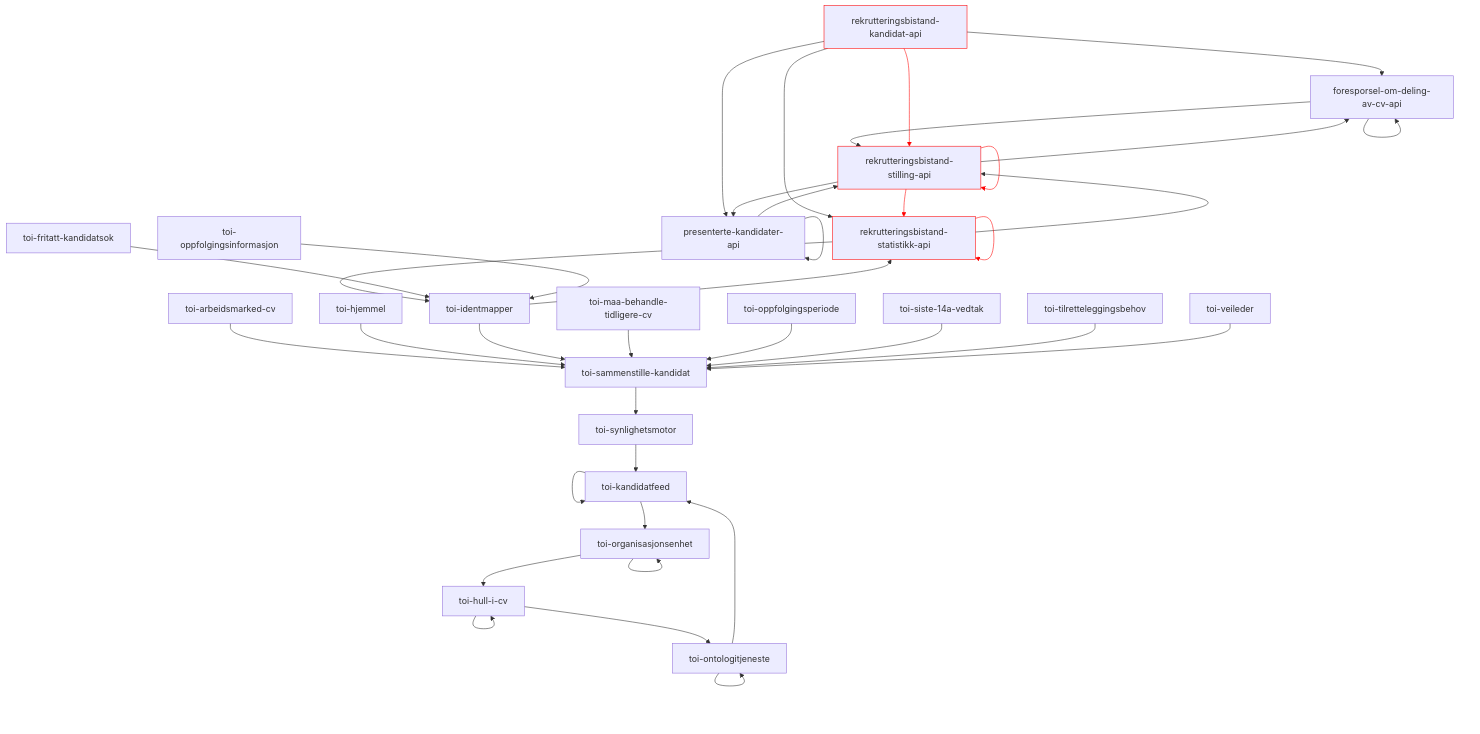
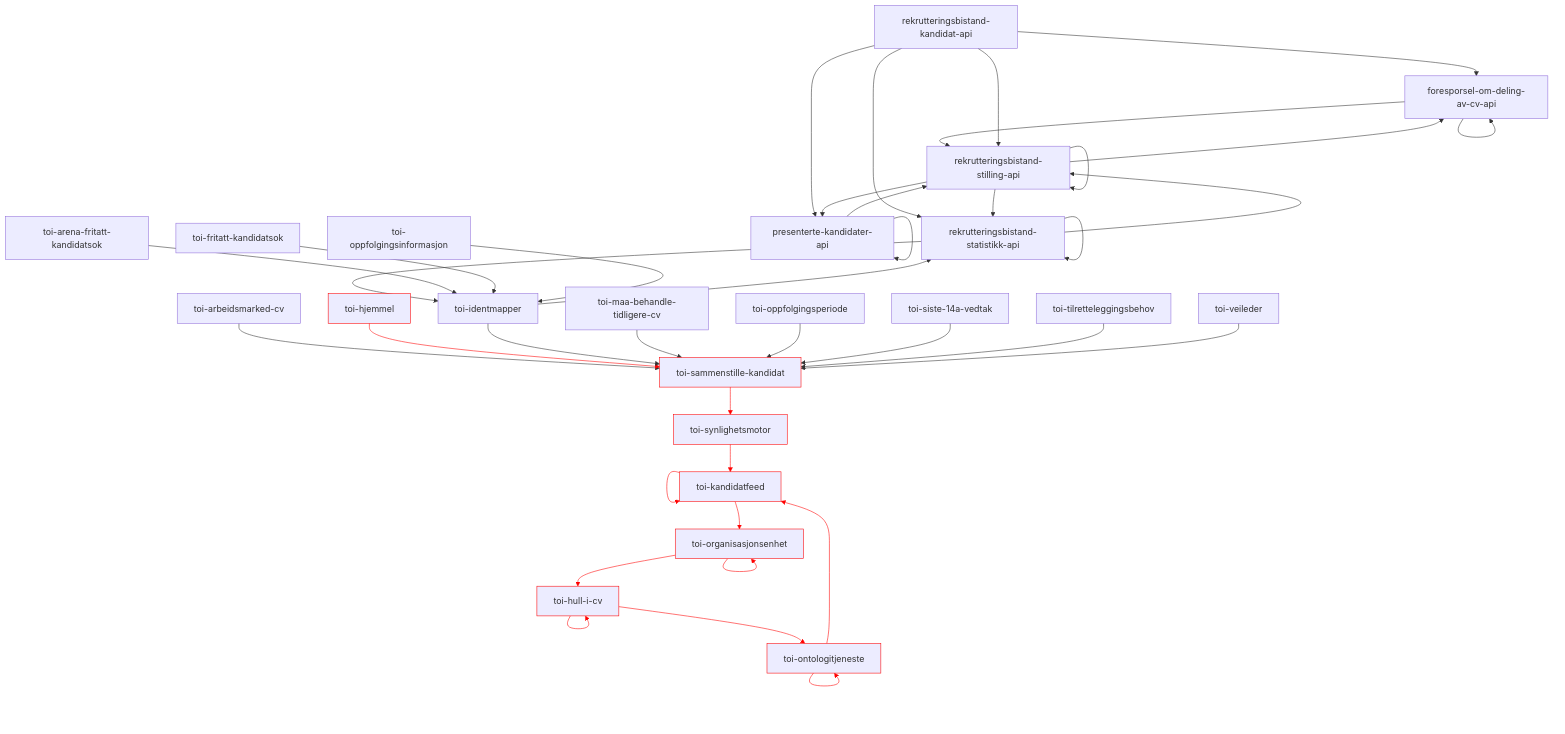
One commit to navikt/toi-rapids-and-rivers-grapher changed the seventh of 24 diagrams in README.md. Above: the diagram before and after it, drawn with Mermaid. The commit also changed other lines of this file, not shown here.

````diff
--- a/README.md
+++ b/README.md
@@ -274,42 +282,43 @@
 ```mermaid
 graph TD;
 foresporsel-om-deling-av-cv-api --> foresporsel-om-deling-av-cv-api;
 foresporsel-om-deling-av-cv-api --> rekrutteringsbistand-stilling-api;
 presenterte-kandidater-api --> presenterte-kandidater-api;
 presenterte-kandidater-api --> rekrutteringsbistand-stilling-api;
 rekrutteringsbistand-kandidat-api --> foresporsel-om-deling-av-cv-api;
 rekrutteringsbistand-kandidat-api --> presenterte-kandidater-api;
 rekrutteringsbistand-kandidat-api --> rekrutteringsbistand-statistikk-api;
-rekrutteringsbistand-kandidat-api:::x --> rekrutteringsbistand-stilling-api:::x;
-rekrutteringsbistand-statistikk-api:::x --> rekrutteringsbistand-statistikk-api:::x;
+rekrutteringsbistand-kandidat-api --> rekrutteringsbistand-stilling-api;
+rekrutteringsbistand-statistikk-api --> rekrutteringsbistand-statistikk-api;
 rekrutteringsbistand-statistikk-api --> rekrutteringsbistand-stilling-api;
 rekrutteringsbistand-statistikk-api --> toi-identmapper;
 rekrutteringsbistand-stilling-api --> foresporsel-om-deling-av-cv-api;
 rekrutteringsbistand-stilling-api --> presenterte-kandidater-api;
-rekrutteringsbistand-stilling-api:::x --> rekrutteringsbistand-statistikk-api:::x;
-rekrutteringsbistand-stilling-api:::x --> rekrutteringsbistand-stilling-api:::x;
+rekrutteringsbistand-stilling-api --> rekrutteringsbistand-statistikk-api;
+rekrutteringsbistand-stilling-api --> rekrutteringsbistand-stilling-api;
 toi-arbeidsmarked-cv --> toi-sammenstille-kandidat;
+toi-arena-fritatt-kandidatsok --> toi-identmapper;
 toi-fritatt-kandidatsok --> toi-identmapper;
-toi-hjemmel --> toi-sammenstille-kandidat;
-toi-hull-i-cv --> toi-hull-i-cv;
-toi-hull-i-cv --> toi-ontologitjeneste;
+toi-hjemmel:::x --> toi-sammenstille-kandidat:::x;
+toi-hull-i-cv:::x --> toi-hull-i-cv:::x;
+toi-hull-i-cv:::x --> toi-ontologitjeneste:::x;
 toi-identmapper --> rekrutteringsbistand-statistikk-api;
 toi-identmapper --> toi-sammenstille-kandidat;
-toi-kandidatfeed --> toi-kandidatfeed;
-toi-kandidatfeed --> toi-organisasjonsenhet;
+toi-kandidatfeed:::x --> toi-kandidatfeed:::x;
+toi-kandidatfeed:::x --> toi-organisasjonsenhet:::x;
 toi-maa-behandle-tidligere-cv --> toi-sammenstille-kandidat;
-toi-ontologitjeneste --> toi-kandidatfeed;
-toi-ontologitjeneste --> toi-ontologitjeneste;
+toi-ontologitjeneste:::x --> toi-kandidatfeed:::x;
+toi-ontologitjeneste:::x --> toi-ontologitjeneste:::x;
 toi-oppfolgingsinformasjon --> toi-identmapper;
 toi-oppfolgingsperiode --> toi-sammenstille-kandidat;
-toi-organisasjonsenhet --> toi-hull-i-cv;
-toi-organisasjonsenhet --> toi-organisasjonsenhet;
-toi-sammenstille-kandidat --> toi-synlighetsmotor;
+toi-organisasjonsenhet:::x --> toi-hull-i-cv:::x;
+toi-organisasjonsenhet:::x --> toi-organisasjonsenhet:::x;
+toi-sammenstille-kandidat:::x --> toi-synlighetsmotor:::x;
 toi-siste-14a-vedtak --> toi-sammenstille-kandidat;
-toi-synlighetsmotor --> toi-kandidatfeed;
+toi-synlighetsmotor:::x --> toi-kandidatfeed:::x;
 toi-tilretteleggingsbehov --> toi-sammenstille-kandidat;
 toi-veileder --> toi-sammenstille-kandidat;
 
-linkStyle 7,8,13,14 stroke:red;
+linkStyle 18,19,20,23,24,26,27,30,31,32,34 stroke:red;
 classDef x stroke: red;
 ```
````
